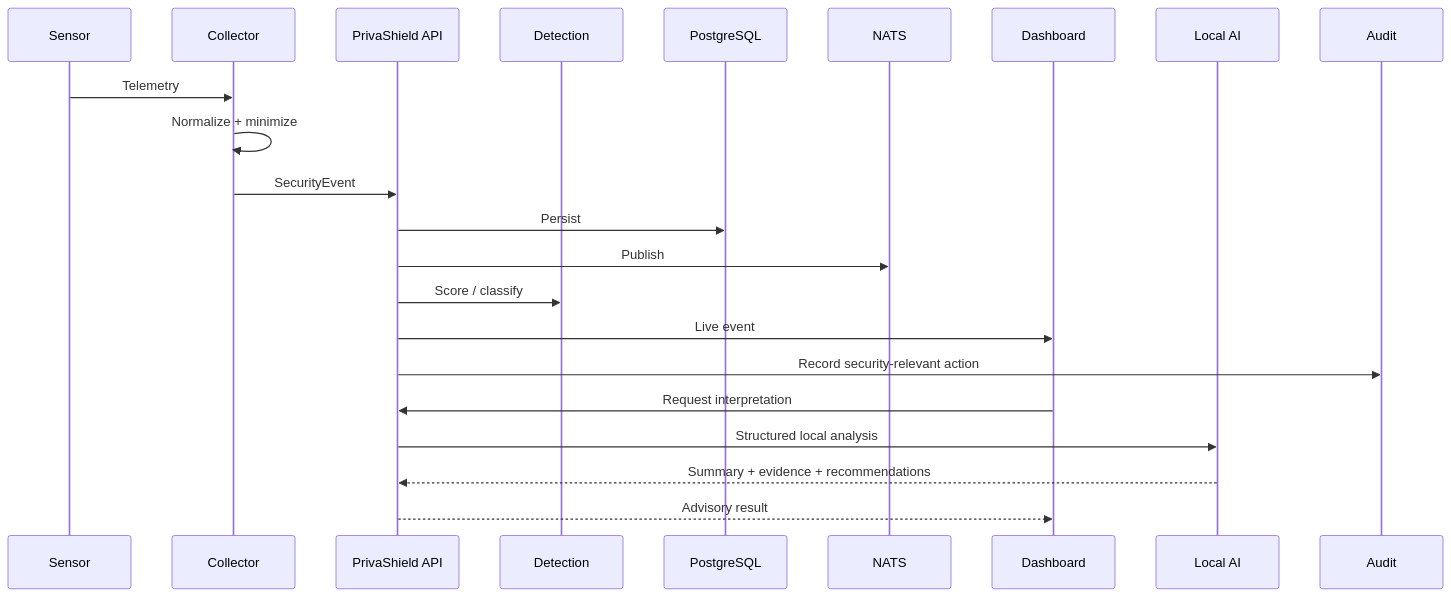
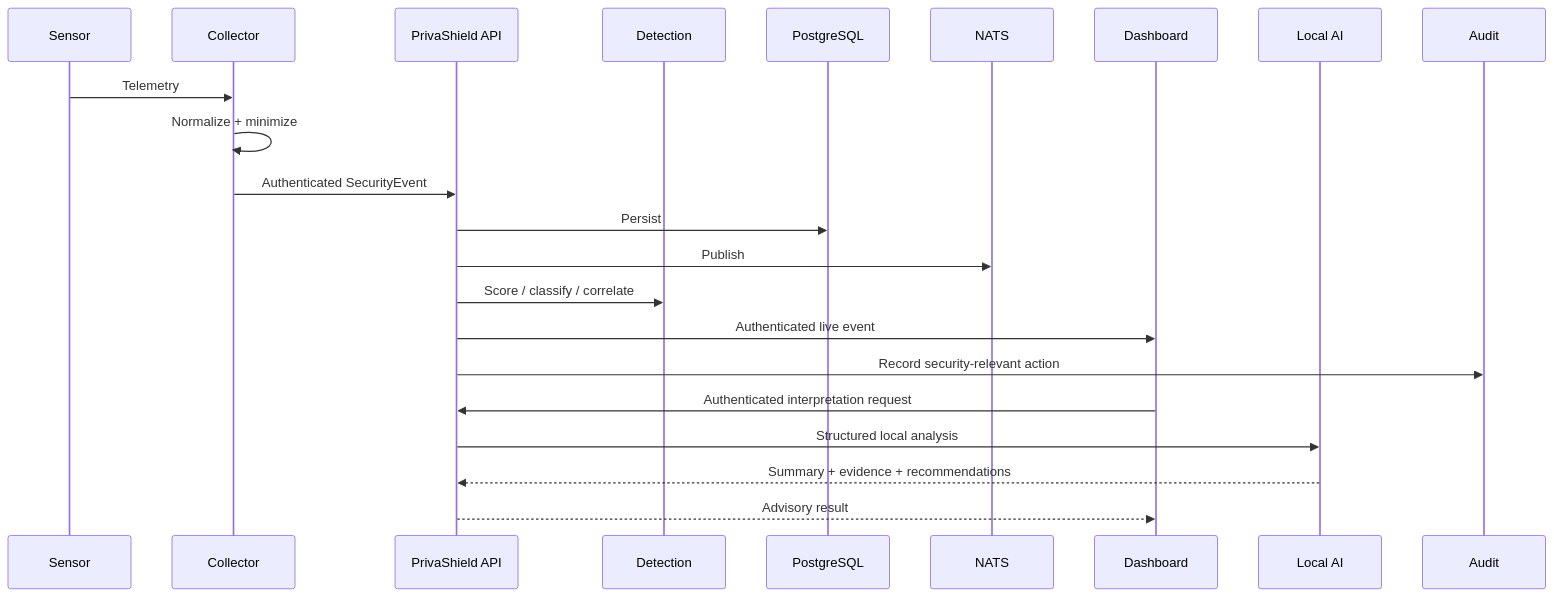
The second of 3 diagrams in README.md (drewc611/Privashield), drawn with Mermaid before and after one commit. The commit also changed other lines of this file, not shown here.

Commit message:
docs: sync README with current security capabilities

````diff
--- a/README.md
+++ b/README.md
@@ -169,25 +200,25 @@
 ```mermaid
 sequenceDiagram
     participant Sensor
     participant Collector
     participant API as PrivaShield API
     participant Detection
     participant DB as PostgreSQL
     participant Bus as NATS
     participant UI as Dashboard
     participant AI as Local AI
     participant Audit
 
     Sensor->>Collector: Telemetry
     Collector->>Collector: Normalize + minimize
-    Collector->>API: SecurityEvent
+    Collector->>API: Authenticated SecurityEvent
     API->>DB: Persist
     API->>Bus: Publish
-    API->>Detection: Score / classify
-    API->>UI: Live event
+    API->>Detection: Score / classify / correlate
+    API->>UI: Authenticated live event
     API->>Audit: Record security-relevant action
-    UI->>API: Request interpretation
+    UI->>API: Authenticated interpretation request
     API->>AI: Structured local analysis
     AI-->>API: Summary + evidence + recommendations
     API-->>UI: Advisory result
 ```
````
